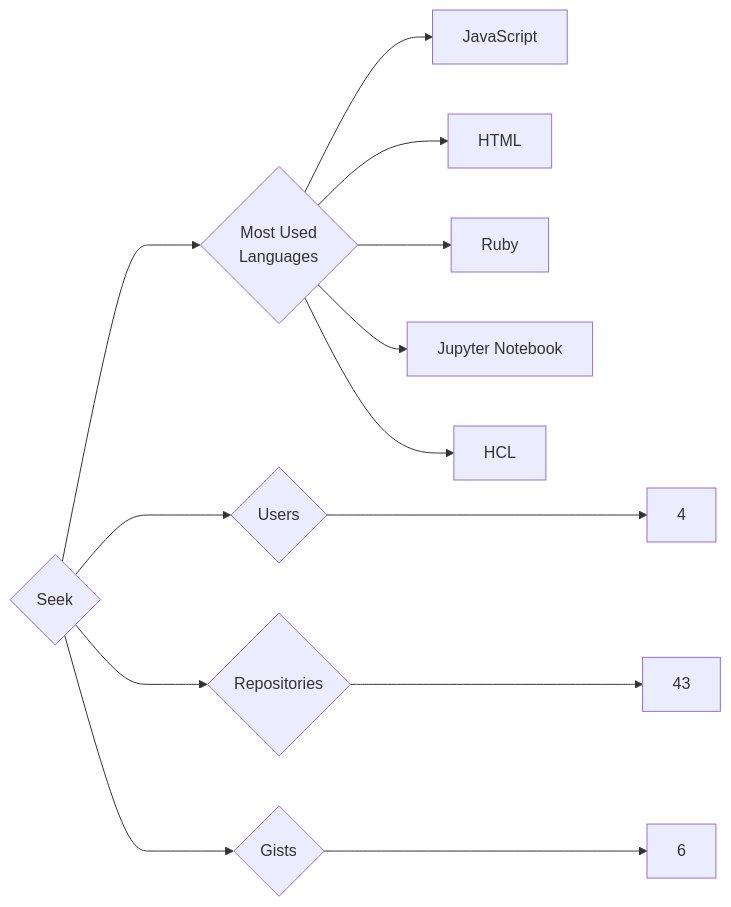
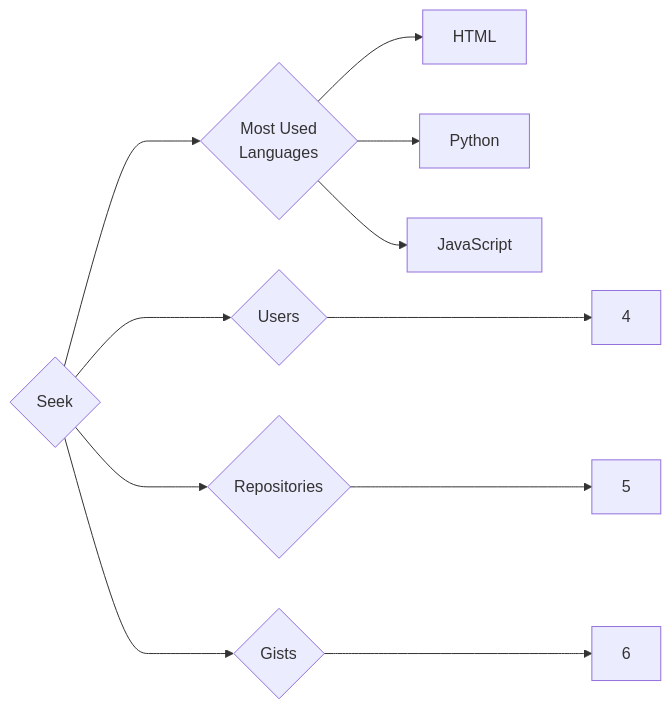
One commit to trickest/insiders changed the diagram in targets/Seek/README.md. Above: the diagram before and after it, drawn with Mermaid. The commit also changed 770 other files, not shown here.

````diff
--- a/targets/Seek/README.md
+++ b/targets/Seek/README.md
@@ -3,13 +3,11 @@
 ```mermaid
 graph LR
 COMPANY_NAME{Seek}
 COMPANY_NAME ---> U{Users} ---> UN[4]
-COMPANY_NAME ---> R{Repositories} ---> RN[43]
+COMPANY_NAME ---> R{Repositories} ---> RN[5]
 COMPANY_NAME ---> G{Gists} ---> GN[6]
 COMPANY_NAME ---> ML{Most Used<br>Languages}
+ML --> HTML[HTML]
+ML --> Python[Python]
 ML --> JavaScript[JavaScript]
-ML --> HTML[HTML]
-ML --> Ruby[Ruby]
-ML --> Jupyter_Notebook[Jupyter Notebook]
-ML --> HCL[HCL]
 ```
````
